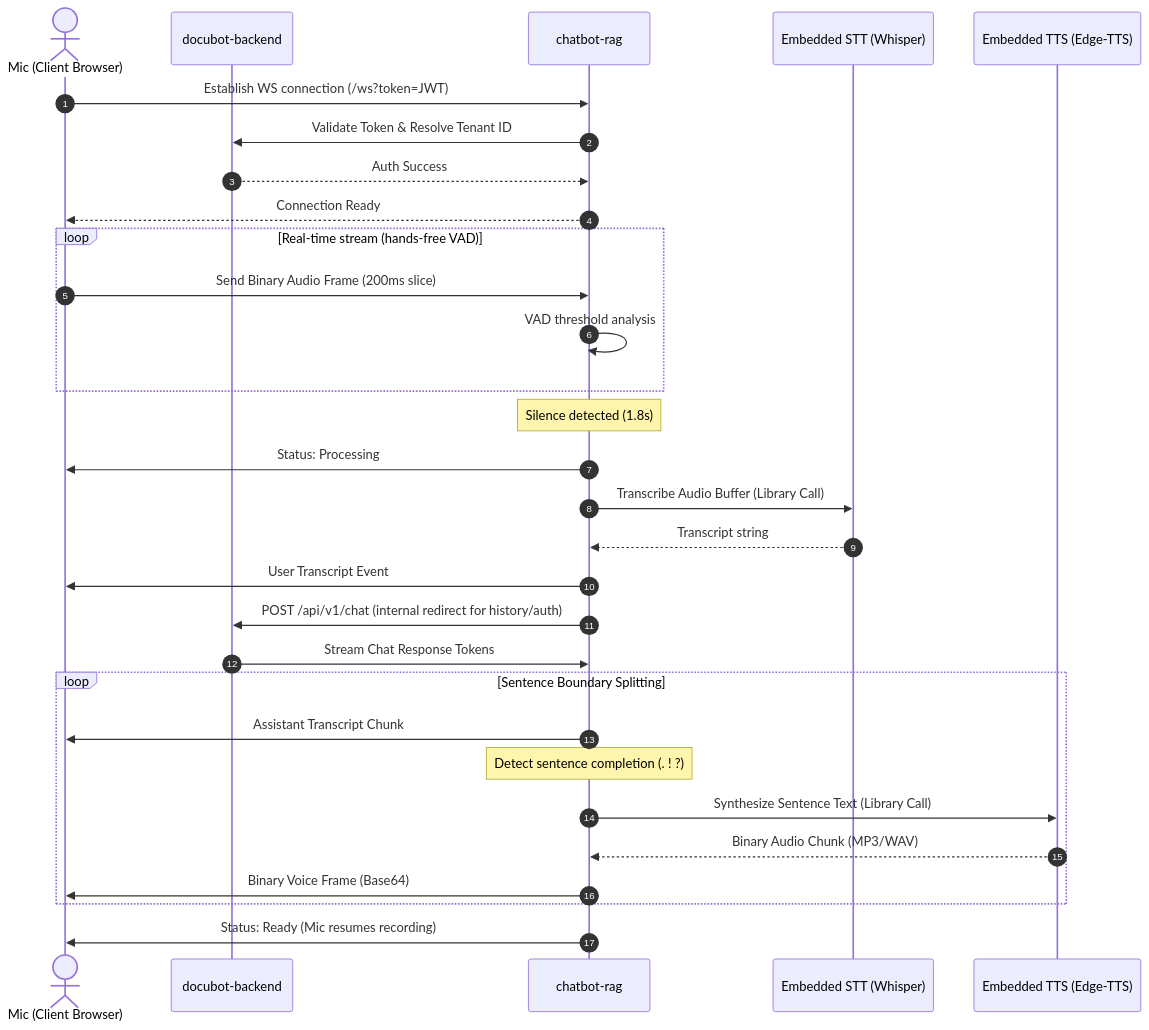
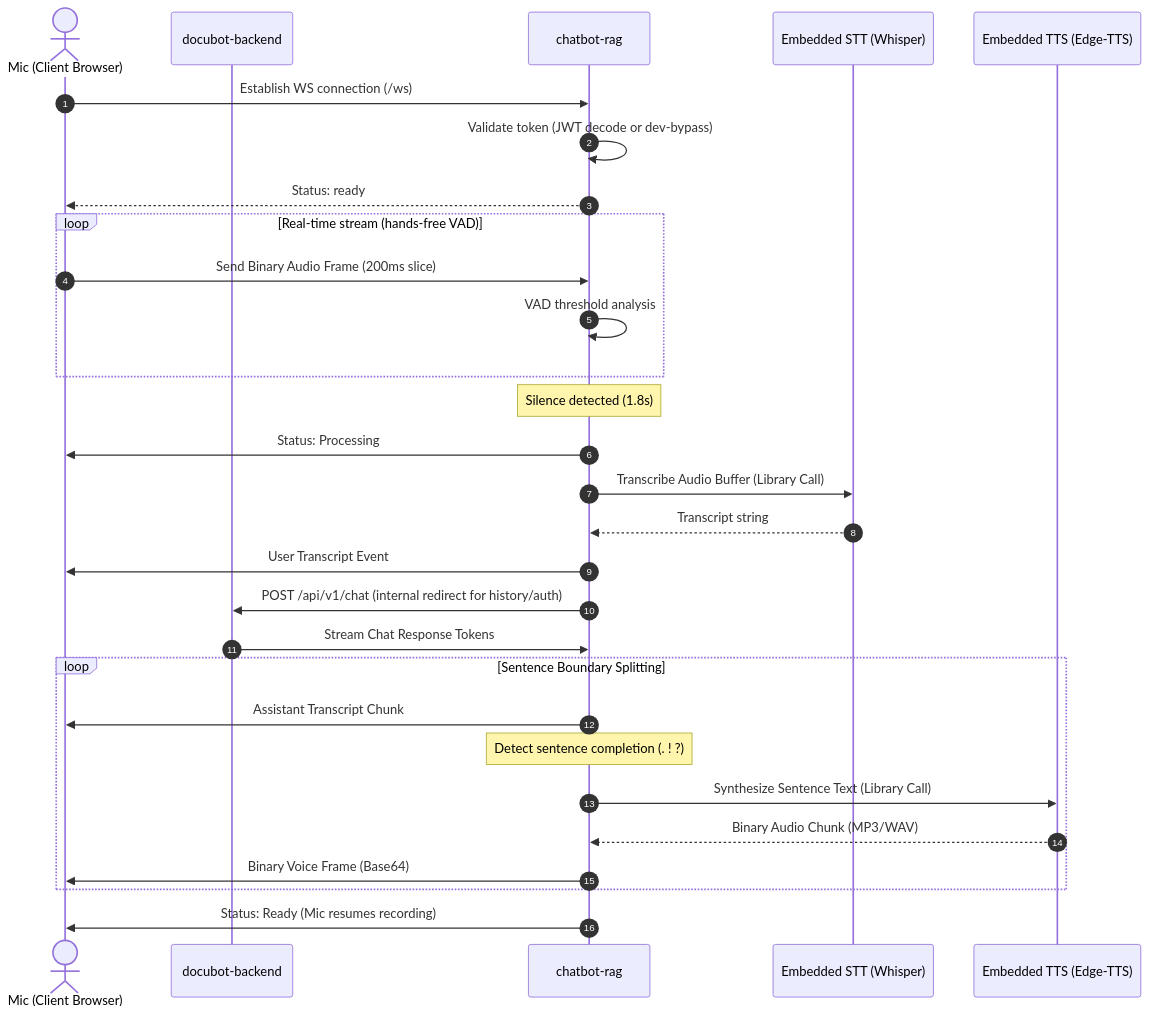
Before and after one commit to Ganeshtech4/ragvvoicebot: the fifth of 5 diagrams in architecture.md, drawn with Mermaid. The commit also changed other lines of this file and 8 other files, not shown here.

````diff
--- a/architecture.md
+++ b/architecture.md
@@ -117,38 +129,37 @@
 ```mermaid
 sequenceDiagram
     autonumber
     actor Mic as Mic (Client Browser)
     participant Gateway as docubot-backend
     participant RAG as chatbot-rag
     participant STT as Embedded STT (Whisper)
     participant TTS as Embedded TTS (Edge-TTS)
 
-    Mic->>RAG: Establish WS connection (/ws?token=JWT)
-    RAG->>Gateway: Validate Token & Resolve Tenant ID
-    Gateway-->>RAG: Auth Success
-    RAG-->>Mic: Connection Ready
+    Mic->>RAG: Establish WS connection (/ws)
+    RAG->>RAG: Validate token (JWT decode or dev-bypass)
+    RAG-->>Mic: Status: ready
     
     loop Real-time stream (hands-free VAD)
         Mic->>RAG: Send Binary Audio Frame (200ms slice)
         RAG->>RAG: VAD threshold analysis
     end
     
     Note over RAG: Silence detected (1.8s)
     RAG->>Mic: Status: Processing
     RAG->>STT: Transcribe Audio Buffer (Library Call)
     STT-->>RAG: Transcript string
     RAG->>Mic: User Transcript Event
     
     RAG->>Gateway: POST /api/v1/chat (internal redirect for history/auth)
     Gateway->>RAG: Stream Chat Response Tokens
     
     loop Sentence Boundary Splitting
         RAG->>Mic: Assistant Transcript Chunk
         Note over RAG: Detect sentence completion (. ! ?)
         RAG->>TTS: Synthesize Sentence Text (Library Call)
         TTS-->>RAG: Binary Audio Chunk (MP3/WAV)
         RAG->>Mic: Binary Voice Frame (Base64)
     end
     
     RAG->>Mic: Status: Ready (Mic resumes recording)
 ```
````
